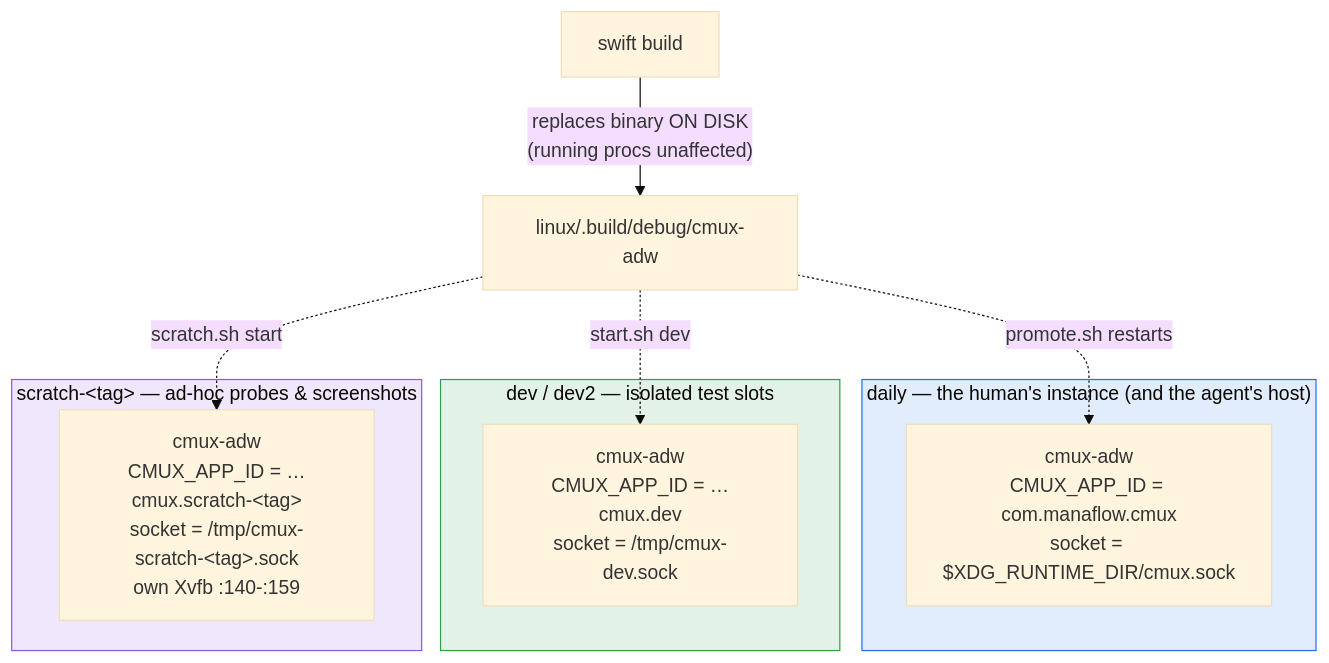
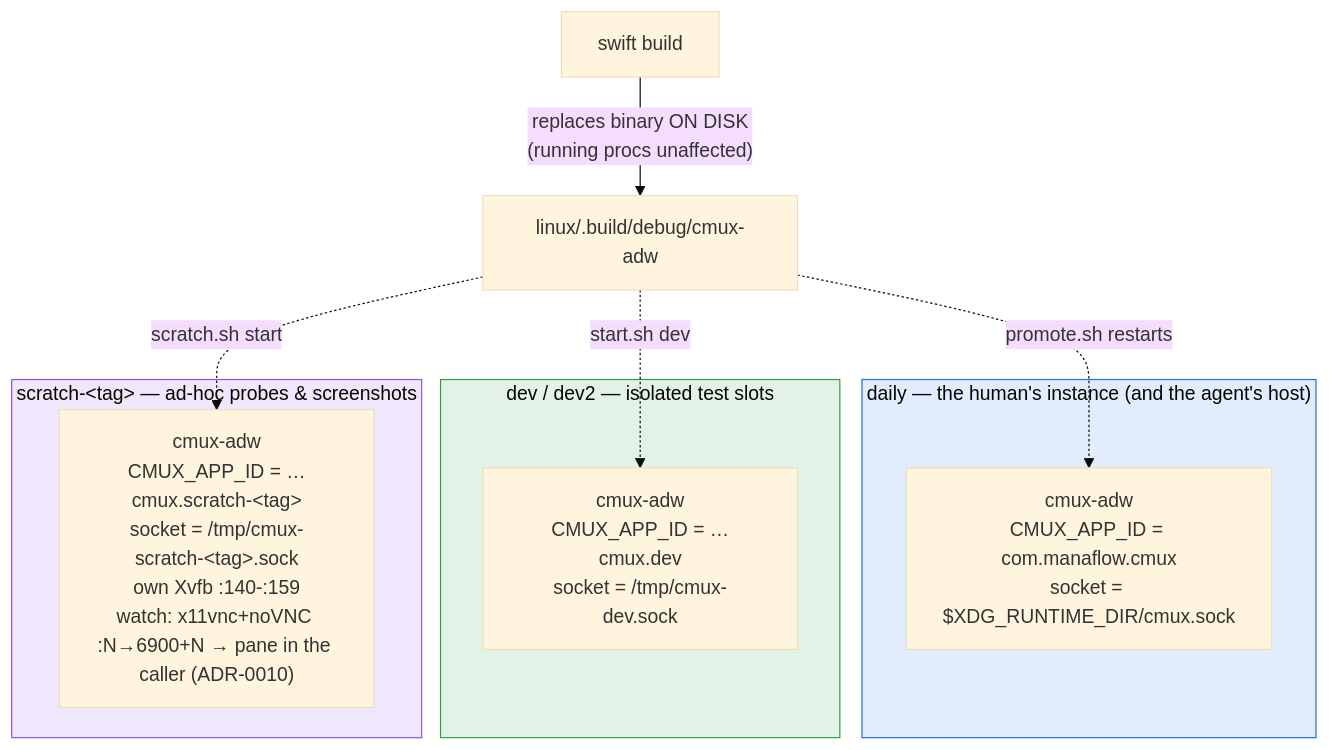
The first of 3 diagrams in docs/linux-port/wiring/01-topology.md (hiasihaho/cmux), drawn with Mermaid (base theme) before and after one commit. The commit also changed 5 other files, not shown here.

````diff
--- a/docs/linux-port/wiring/01-topology.md
+++ b/docs/linux-port/wiring/01-topology.md
@@ -10,21 +10,21 @@
 ```mermaid
 flowchart TB
     subgraph daily_p["daily — the human's instance (and the agent's host)"]
         daily["cmux-adw<br/>CMUX_APP_ID = com.manaflow.cmux<br/>socket = $XDG_RUNTIME_DIR/cmux.sock"]
     end
     subgraph dev_p["dev / dev2 — isolated test slots"]
         dev["cmux-adw<br/>CMUX_APP_ID = …cmux.dev<br/>socket = /tmp/cmux-dev.sock"]
     end
     subgraph scratch_p["scratch-&lt;tag&gt; — ad-hoc probes & screenshots"]
-        scratch["cmux-adw<br/>CMUX_APP_ID = …cmux.scratch-&lt;tag&gt;<br/>socket = /tmp/cmux-scratch-&lt;tag&gt;.sock<br/>own Xvfb :140-:159"]
+        scratch["cmux-adw<br/>CMUX_APP_ID = …cmux.scratch-&lt;tag&gt;<br/>socket = /tmp/cmux-scratch-&lt;tag&gt;.sock<br/>own Xvfb :140-:159<br/>watch: x11vnc+noVNC :N→6900+N → pane in the caller (ADR-0010)"]
     end
 
     swiftbuild["swift build"] -->|"replaces binary ON DISK<br/>(running procs unaffected)"| binary["linux/.build/debug/cmux-adw"]
     binary -.->|"promote.sh restarts"| daily
     binary -.->|"start.sh dev"| dev
     binary -.->|"scratch.sh start"| scratch
 
     style daily_p fill:#1f6feb22,stroke:#1f6feb
     style dev_p fill:#2ea04322,stroke:#2ea043
     style scratch_p fill:#8957e522,stroke:#8957e5
 ```
````
